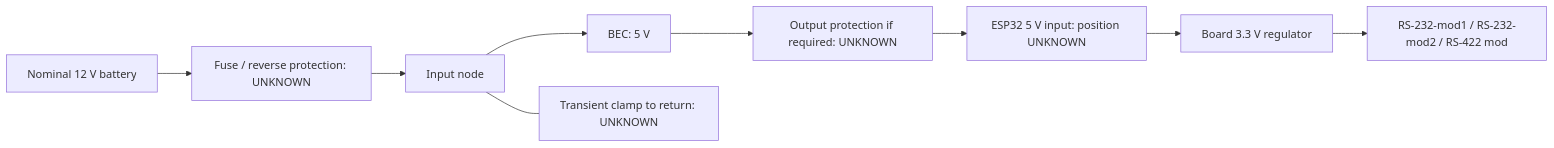
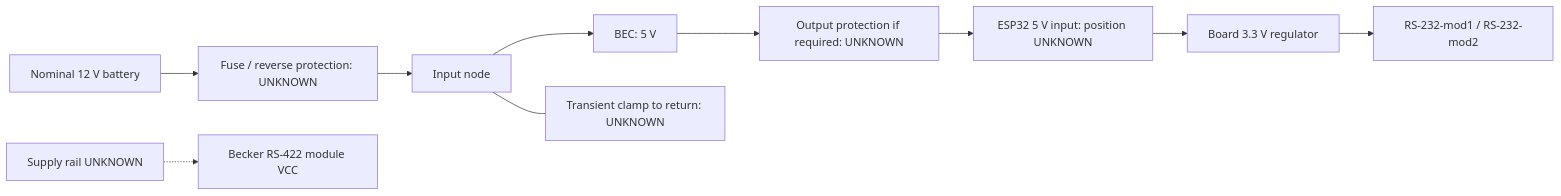
The second of 2 diagrams in docs/connections.md (MomoRC-tech/Becker-AR6201-to-OpenSoar), drawn with Mermaid before and after one commit. The commit also changed other lines of this file and 6 other files, not shown here.

````diff
--- a/docs/connections.md
+++ b/docs/connections.md
@@ -152,9 +152,10 @@
 ```mermaid
 flowchart LR
     S["Nominal 12 V battery"] --> P["Fuse / reverse protection: UNKNOWN"]
     P --> I[Input node] --> B["BEC: 5 V"]
     I --- T["Transient clamp to return: UNKNOWN"]
     B --> V["Output protection if required: UNKNOWN"] --> E["ESP32 5 V input: position UNKNOWN"]
     E --> R[Board 3.3 V regulator]
-    R --> C["RS-232-mod1 / RS-232-mod2 / RS-422 mod"]
+    R --> C["RS-232-mod1 / RS-232-mod2"]
+    U["Supply rail UNKNOWN"] -.-> Q["Becker RS-422 module VCC"]
 ```
````
